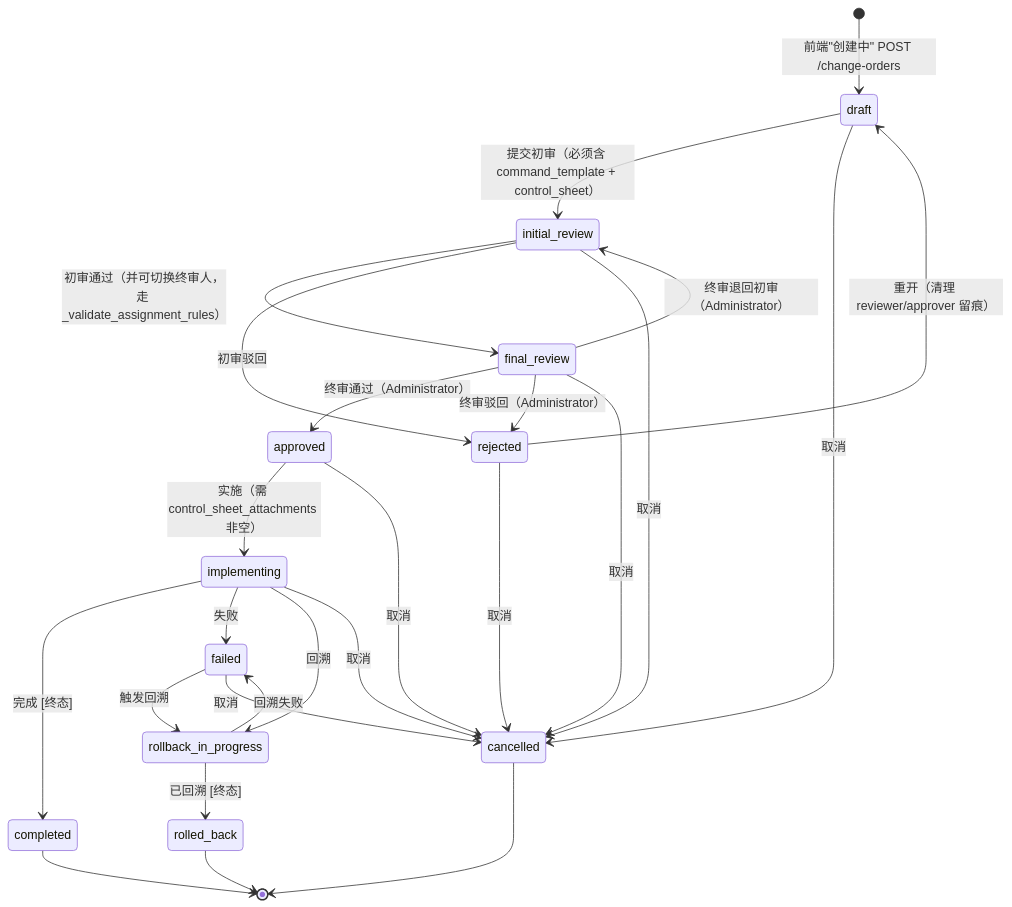
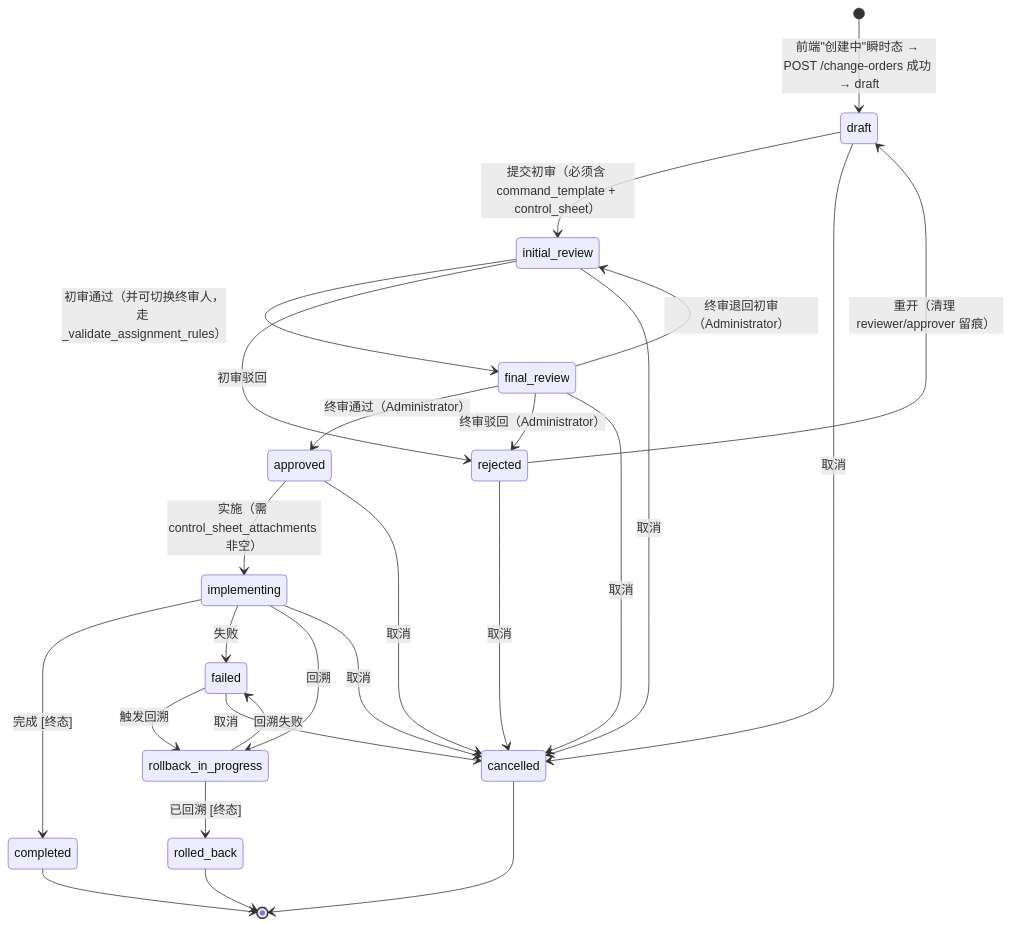
One commit to libing28390-sketch/Release-netops changed the diagram in .kiro/specs/change-order-management/design.md. Above: the diagram before and after it, drawn with Mermaid. The commit also changed other lines of this file and 56 other files, not shown here.

````diff
--- a/.kiro/specs/change-order-management/design.md
+++ b/.kiro/specs/change-order-management/design.md
@@ -323,29 +337,33 @@
 ```mermaid
 stateDiagram-v2
-    [*] --> draft: 前端"创建中" POST /change-orders
+    %% NOTE: "创建中" is a frontend-only transient UI state (saving=true) shown while
+    %% POST /change-orders is in-flight. It is NOT a backend status and does NOT appear
+    %% in ALLOWED_STATUSES. Once the API call returns successfully, the order is persisted
+    %% as `draft`. The arrow below represents that full lifecycle boundary.
+    [*] --> draft: 前端"创建中"瞬时态 → POST /change-orders 成功 → draft
     draft --> initial_review: 提交初审（必须含 command_template + control_sheet）
     draft --> cancelled: 取消
     initial_review --> final_review: 初审通过（并可切换终审人，走 _validate_assignment_rules）
     initial_review --> rejected: 初审驳回
     initial_review --> cancelled: 取消
     final_review --> approved: 终审通过（Administrator）
     final_review --> initial_review: 终审退回初审（Administrator）
     final_review --> rejected: 终审驳回（Administrator）
     final_review --> cancelled: 取消
     approved --> implementing: 实施（需 control_sheet_attachments 非空）
     approved --> cancelled: 取消
     implementing --> completed: 完成 [终态]
     implementing --> failed: 失败
     implementing --> rollback_in_progress: 回溯
     implementing --> cancelled: 取消
     rollback_in_progress --> rolled_back: 已回溯 [终态]
     rollback_in_progress --> failed: 回溯失败
     failed --> rollback_in_progress: 触发回溯
     failed --> cancelled: 取消
     rejected --> draft: 重开（清理 reviewer/approver 留痕）
     rejected --> cancelled: 取消
 
     completed --> [*]
     rolled_back --> [*]
     cancelled --> [*]
 ```
````
